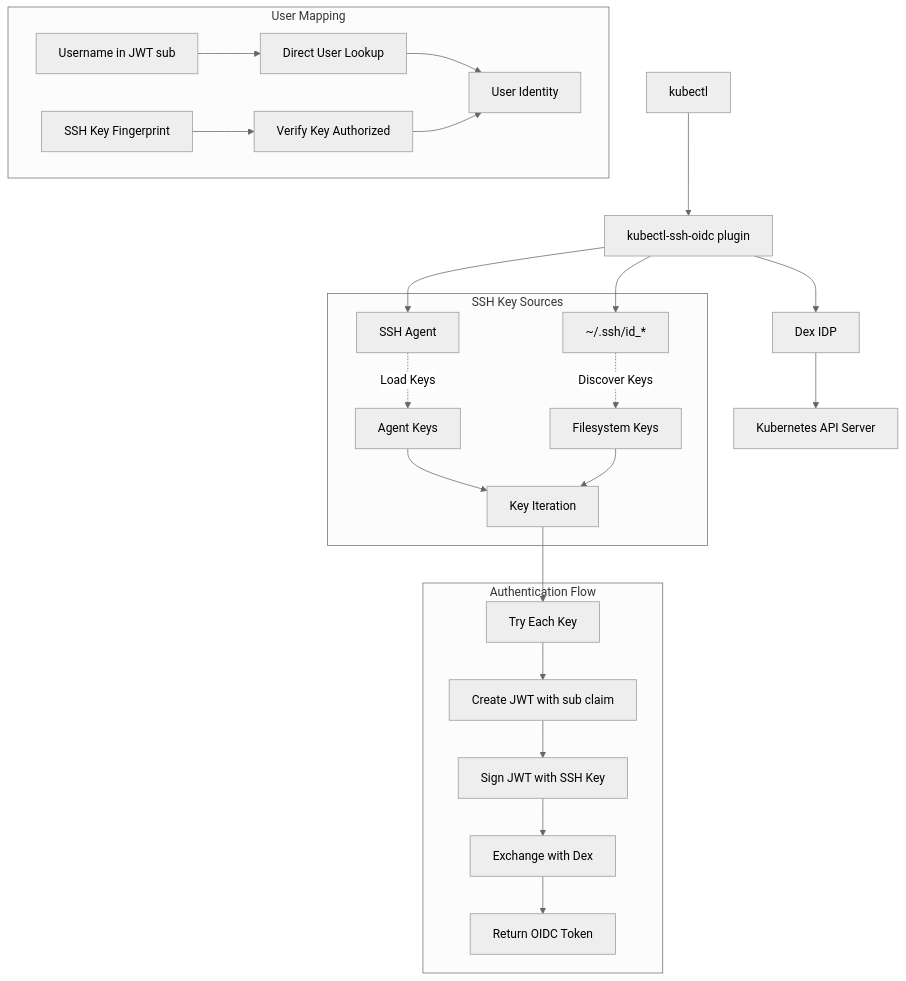
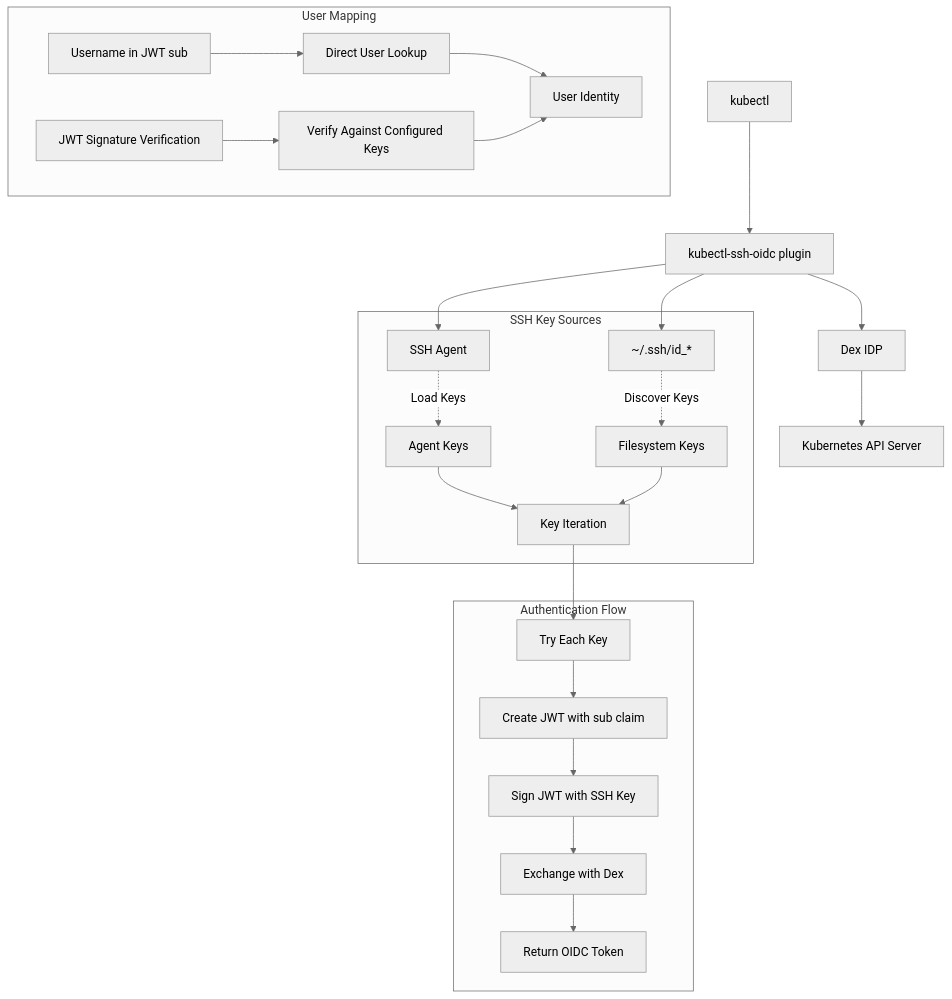
Before and after one commit to nikogura/kubectl-ssh-oidc: the diagram in ARCHITECTURE.md, drawn with Mermaid (neutral theme). The commit also changed other lines of this file and 32 other files, not shown here.

````diff
--- a/ARCHITECTURE.md
+++ b/ARCHITECTURE.md
@@ -7,30 +7,30 @@
 ```mermaid
 graph TB
     A[kubectl] --> B[kubectl-ssh-oidc plugin]
     B --> C[SSH Agent]
     B --> F[~/.ssh/id_*]
     B --> D[Dex IDP]
     D --> E[Kubernetes API Server]
     
     subgraph "SSH Key Sources"
         C -.->|Load Keys| G[Agent Keys]
         F -.->|Discover Keys| H[Filesystem Keys]
         G --> I[Key Iteration]
         H --> I[Key Iteration]
     end
     
     subgraph "Authentication Flow"
         I --> J[Try Each Key]
         J --> K[Create JWT with sub claim]
         K --> L[Sign JWT with SSH Key]
         L --> M[Exchange with Dex]
         M --> N[Return OIDC Token]
     end
     
     subgraph "User Mapping"
         O[Username in JWT sub] --> P[Direct User Lookup]
-        Q[SSH Key Fingerprint] --> R[Verify Key Authorized]
+        Q[JWT Signature Verification] --> R[Verify Against Configured Keys]
         P --> S[User Identity]
         R --> S[User Identity]
     end
 ```
````
